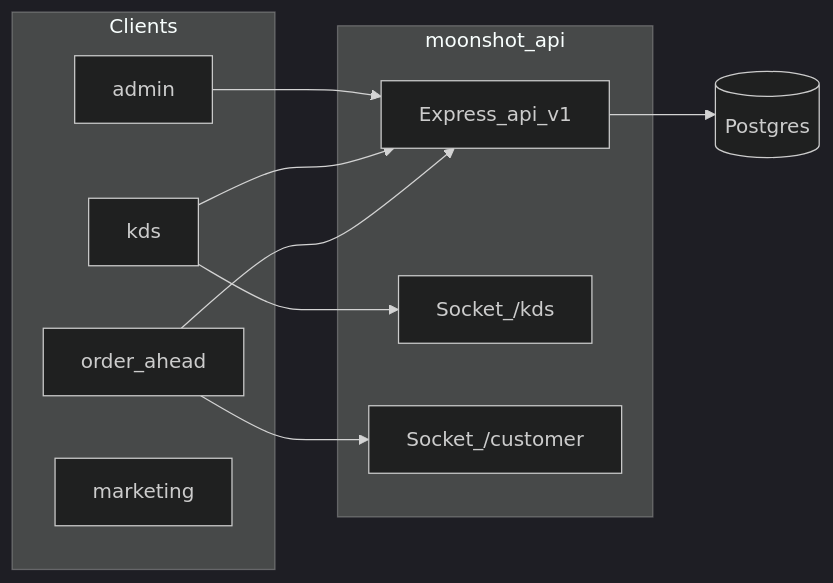
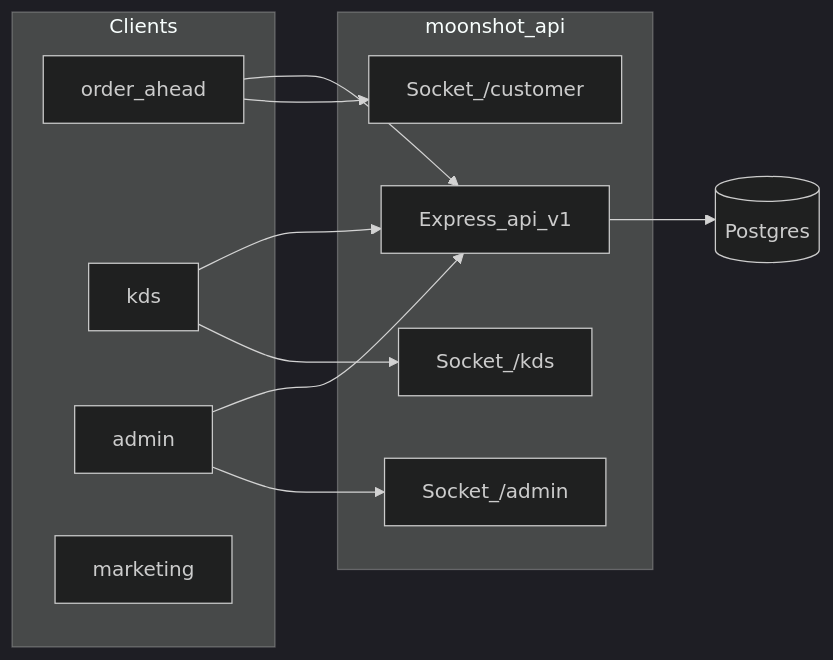
Before and after one commit to SeanIntegrator/moonshot: the first of 3 diagrams in docs/current/flows.md, drawn with Mermaid (dark theme). The commit also changed other lines of this file and 241 other files, not shown here.

````diff
--- a/docs/current/flows.md
+++ b/docs/current/flows.md
@@ -7,24 +7,26 @@
 ```mermaid
 flowchart LR
   subgraph clients [Clients]
     OA[order_ahead]
     KDS[kds]
     Admin[admin]
     Mkt[marketing]
   end
 
   subgraph api [moonshot_api]
     Gateway[Express_api_v1]
     IoKds["Socket_/kds"]
     IoCust["Socket_/customer"]
+    IoAdmin["Socket_/admin"]
   end
 
   DB[("Postgres")]
 
   OA --> Gateway
   OA --> IoCust
   KDS --> Gateway
   KDS --> IoKds
   Admin --> Gateway
+  Admin --> IoAdmin
   Gateway --> DB
 ```
````
